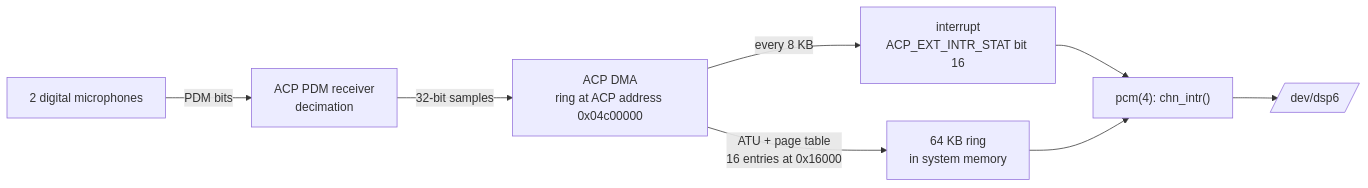
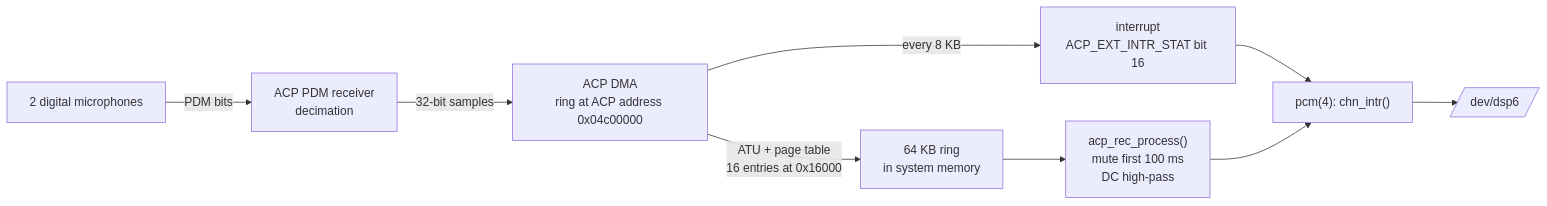
The diagram in FreeBSD/docs/snd_acp_dmic.md (ocochard/myscripts), drawn with Mermaid before and after one commit. The commit also changed other lines of this file and 2 other files, not shown here.

First line of the commit message:
FreeBSD/docs: snd_acp: start mute, DC filter, devmatch loading

````diff
--- a/FreeBSD/docs/snd_acp_dmic.md
+++ b/FreeBSD/docs/snd_acp_dmic.md
@@ -82,10 +82,11 @@
 ```mermaid
 flowchart LR
   MIC[2 digital microphones] -- PDM bits --> PDM[ACP PDM receiver<br>decimation]
   PDM -- 32-bit samples --> DMA[ACP DMA<br>ring at ACP address 0x04c00000]
   DMA -- ATU + page table<br>16 entries at 0x16000 --> RAM[64 KB ring<br>in system memory]
   DMA -- every 8 KB --> IRQ[interrupt<br>ACP_EXT_INTR_STAT bit 16]
   IRQ --> PCM["pcm(4): chn_intr()"]
-  RAM --> PCM
+  RAM --> PROC["acp_rec_process()<br>mute first 100 ms<br>DC high-pass"]
+  PROC --> PCM
   PCM --> DSP[/dev/dsp6/]
 ```
````
